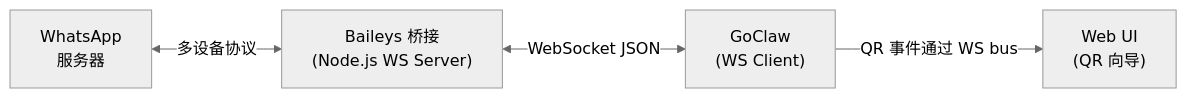
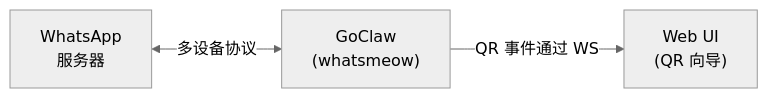
One commit to nextlevelbuilder/goclaw-docs changed the diagram in zh/channels/whatsapp.md. Above: the diagram before and after it, drawn with Mermaid (neutral theme). The commit also changed other lines of this file and 5 other files, not shown here.

````diff
--- a/zh/channels/whatsapp.md
+++ b/zh/channels/whatsapp.md
@@ -77,11 +48,9 @@
 ```mermaid
 flowchart LR
     WA["WhatsApp<br/>服务器"]
-    BRIDGE["Baileys 桥接<br/>(Node.js WS Server)"]
-    GC["GoClaw<br/>(WS Client)"]
+    GC["GoClaw<br/>(whatsmeow)"]
     UI["Web UI<br/>(QR 向导)"]
 
-    WA <-->|"多设备协议"| BRIDGE
-    BRIDGE <-->|"WebSocket JSON"| GC
-    GC -->|"QR 事件通过 WS bus"| UI
+    WA <-->|"多设备协议"| GC
+    GC -->|"QR 事件通过 WS"| UI
 ```
````
